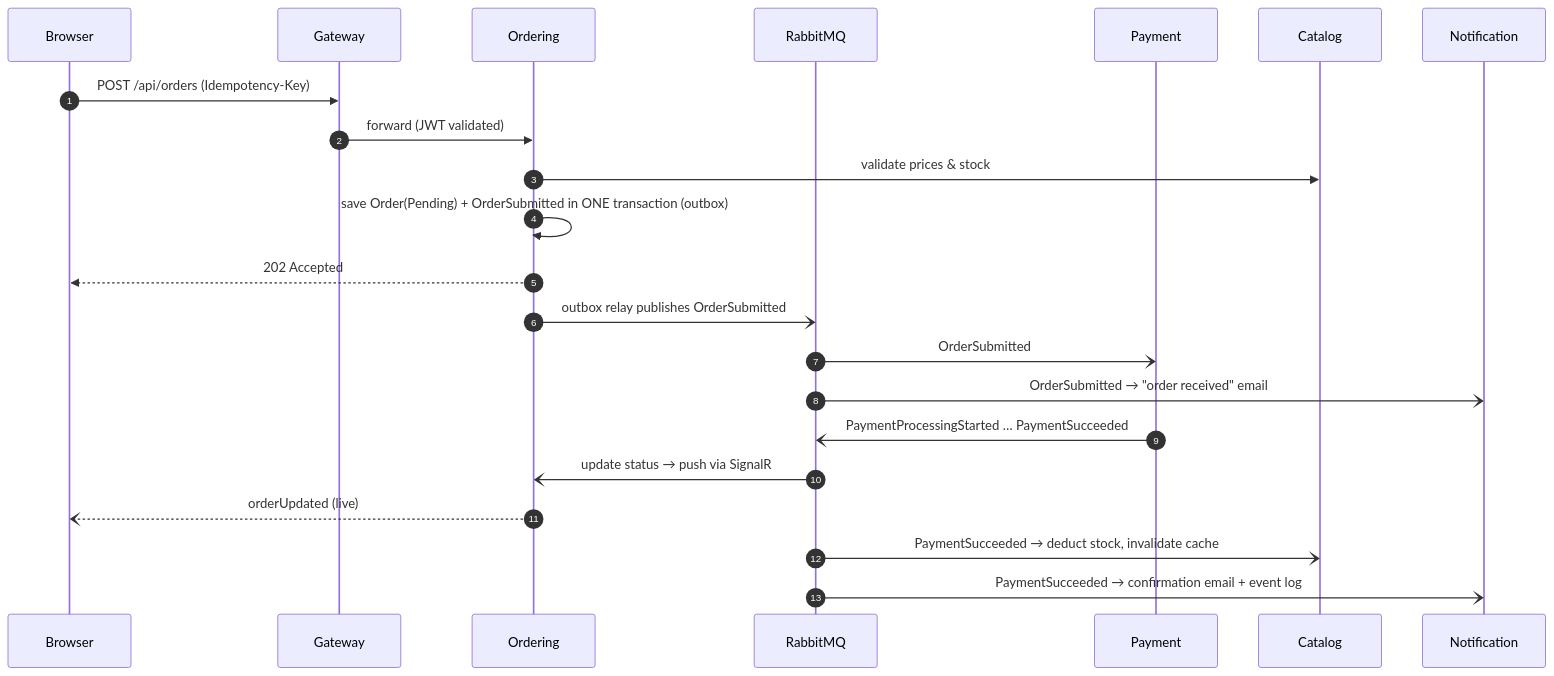
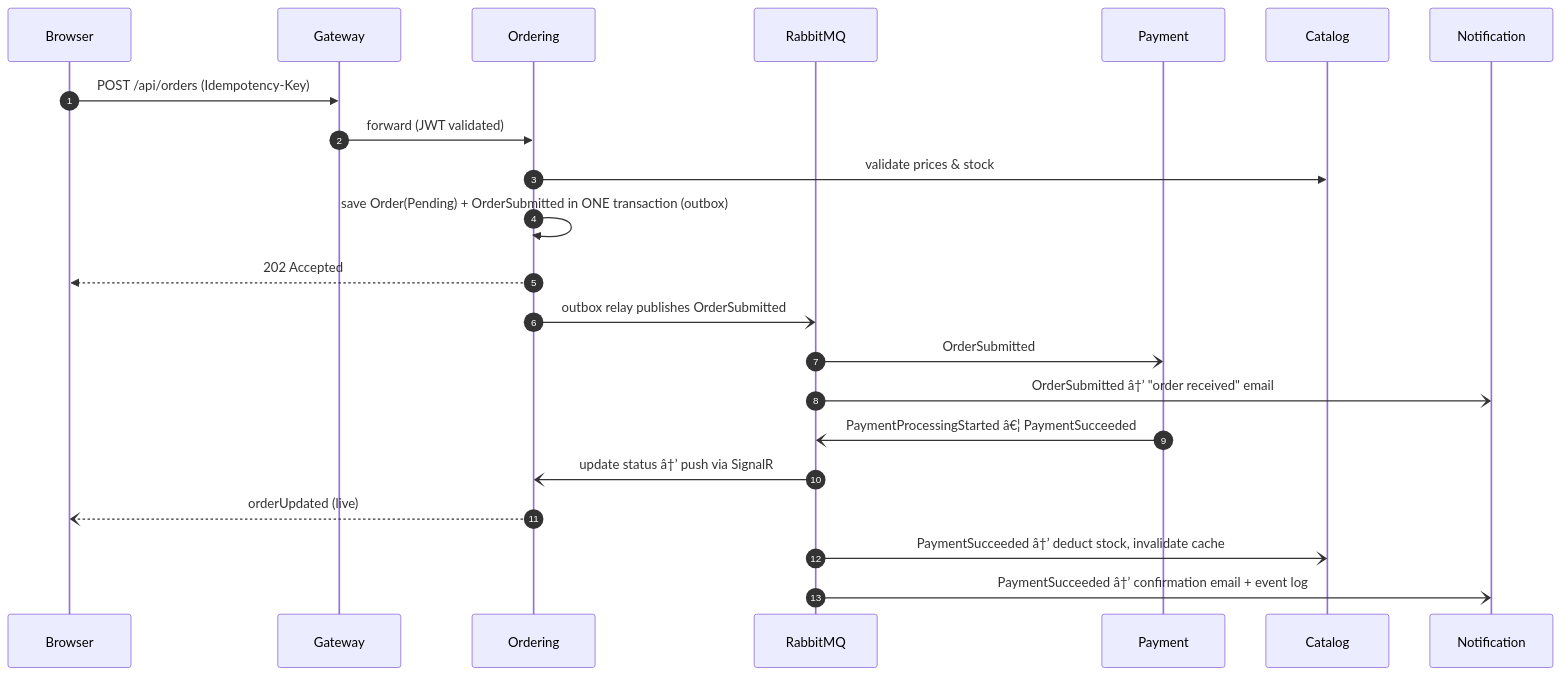
Before and after one commit to Meetulsingh/Orderflow: the second of 2 diagrams in README.md, drawn with Mermaid. The commit also changed other lines of this file and 27 other files, not shown here.

````diff
--- a/README.md
+++ b/README.md
@@ -41,24 +41,24 @@
 ```mermaid
 sequenceDiagram
     autonumber
     participant B as Browser
     participant G as Gateway
     participant O as Ordering
     participant MQ as RabbitMQ
     participant P as Payment
     participant C as Catalog
     participant N as Notification
     B->>G: POST /api/orders (Idempotency-Key)
     G->>O: forward (JWT validated)
     O->>C: validate prices & stock
     O->>O: save Order(Pending) + OrderSubmitted in ONE transaction (outbox)
     O-->>B: 202 Accepted
     O-)MQ: outbox relay publishes OrderSubmitted
     MQ-)P: OrderSubmitted
-    MQ-)N: OrderSubmitted → "order received" email
-    P-)MQ: PaymentProcessingStarted … PaymentSucceeded
-    MQ-)O: update status → push via SignalR
+    MQ-)N: OrderSubmitted â†’ "order received" email
+    P-)MQ: PaymentProcessingStarted â€¦ PaymentSucceeded
+    MQ-)O: update status â†’ push via SignalR
     O--)B: orderUpdated (live)
-    MQ-)C: PaymentSucceeded → deduct stock, invalidate cache
-    MQ-)N: PaymentSucceeded → confirmation email + event log
+    MQ-)C: PaymentSucceeded â†’ deduct stock, invalidate cache
+    MQ-)N: PaymentSucceeded â†’ confirmation email + event log
 ```
````
